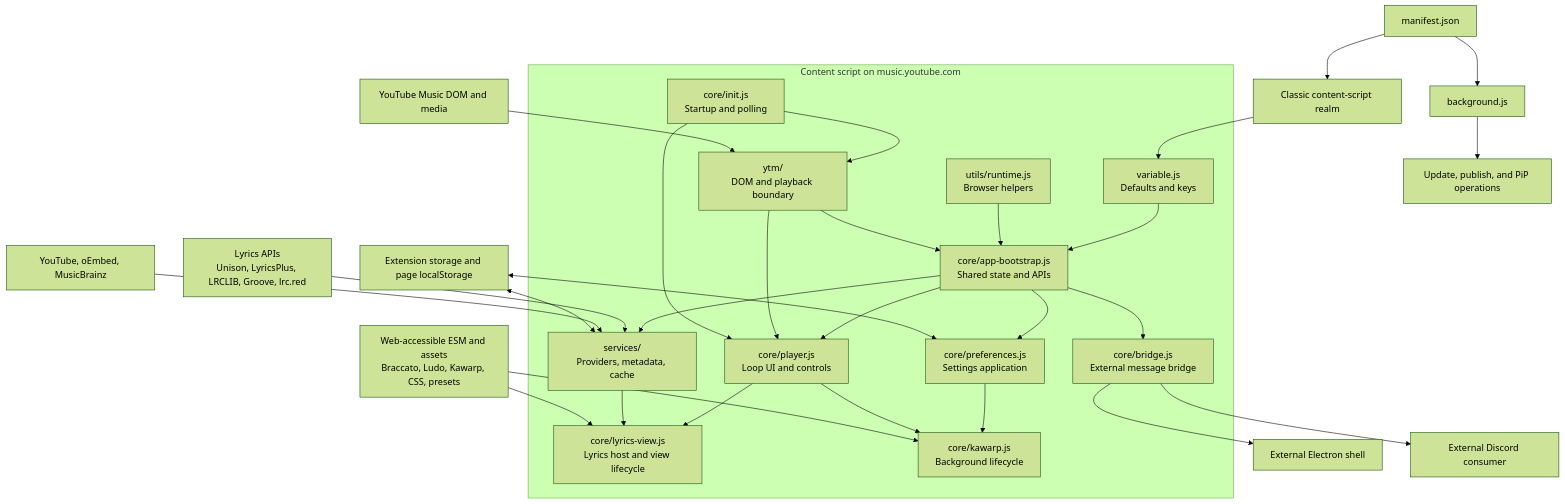
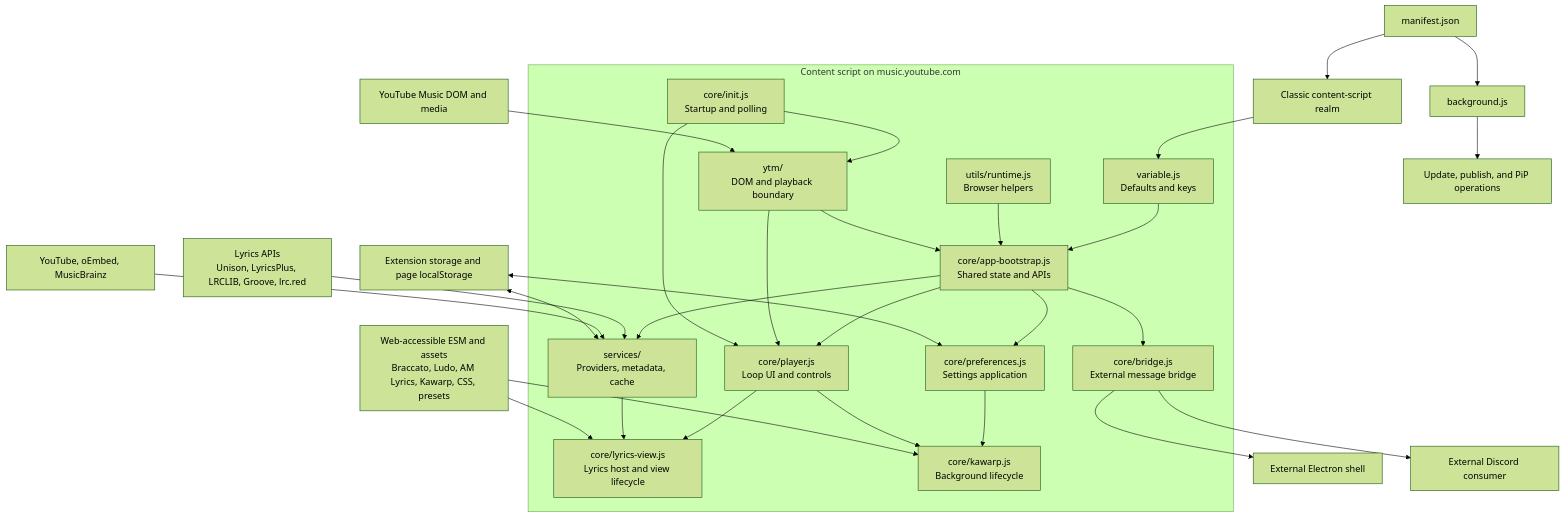
The first of 6 diagrams in SKILL.md (loop-mp3/loop), drawn with Mermaid (forest theme) before and after one commit. The commit also changed other lines of this file and 11 other files, not shown here.

````diff
--- a/SKILL.md
+++ b/SKILL.md
@@ -174,46 +175,46 @@
 ```mermaid
 flowchart TD
     Manifest["manifest.json"] --> ContentRealm["Classic content-script realm"]
     Manifest --> Background["background.js"]
 
     subgraph Content["Content script on music.youtube.com"]
         Vars["variable.js\nDefaults and keys"]
         Runtime["utils/runtime.js\nBrowser helpers"]
         YtmBoundary["ytm/\nDOM and playback boundary"]
         Bootstrap["core/app-bootstrap.js\nShared state and APIs"]
         LoopUI["core/player.js\nLoop UI and controls"]
         Preferences["core/preferences.js\nSettings application"]
         LyricsServices["services/\nProviders, metadata, cache"]
         LyricsView["core/lyrics-view.js\nLyrics host and view lifecycle"]
         Kawarp["core/kawarp.js\nBackground lifecycle"]
         Bridge["core/bridge.js\nExternal message bridge"]
         Startup["core/init.js\nStartup and polling"]
     end
 
     ContentRealm --> Vars
     Vars --> Bootstrap
     Runtime --> Bootstrap
     YtmBoundary --> Bootstrap
     Bootstrap --> LoopUI
     Bootstrap --> Preferences
     Bootstrap --> LyricsServices
     LoopUI --> LyricsView
     LyricsServices --> LyricsView
     Preferences --> Kawarp
     LoopUI --> Kawarp
     Bootstrap --> Bridge
     YtmBoundary --> LoopUI
     Startup --> LoopUI
     Startup --> YtmBoundary
 
     Ytm["YouTube Music DOM and media"] --> YtmBoundary
     LyricsAPIs["Lyrics APIs\nUnison, LyricsPlus, LRCLIB, Groove, lrc.red"] --> LyricsServices
     MetadataAPIs["YouTube, oEmbed, MusicBrainz"] --> LyricsServices
     Storage["Extension storage and page localStorage"] <--> LyricsServices
     Storage <--> Preferences
-    Assets["Web-accessible ESM and assets\nBraccato, Ludo, Kawarp, CSS, presets"] --> LyricsView
+    Assets["Web-accessible ESM and assets\nBraccato, Ludo, AM Lyrics, Kawarp, CSS, presets"] --> LyricsView
     Assets --> Kawarp
     Bridge --> Shell["External Electron shell"]
     Bridge --> Discord["External Discord consumer"]
     Background --> Update["Update, publish, and PiP operations"]
 ```
````
